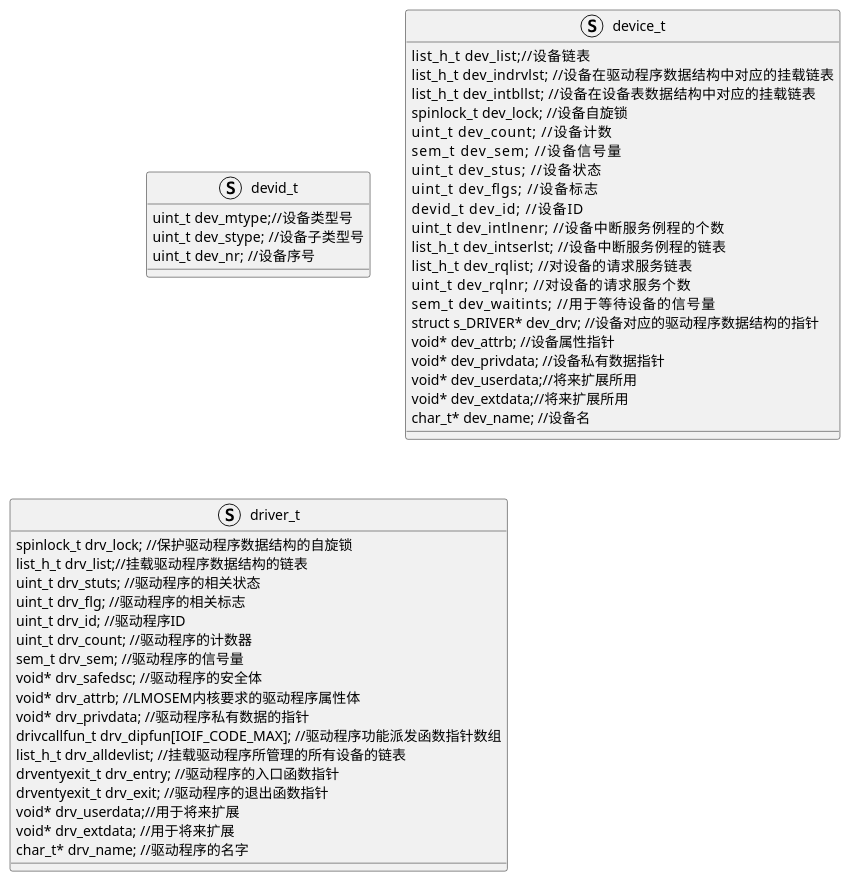
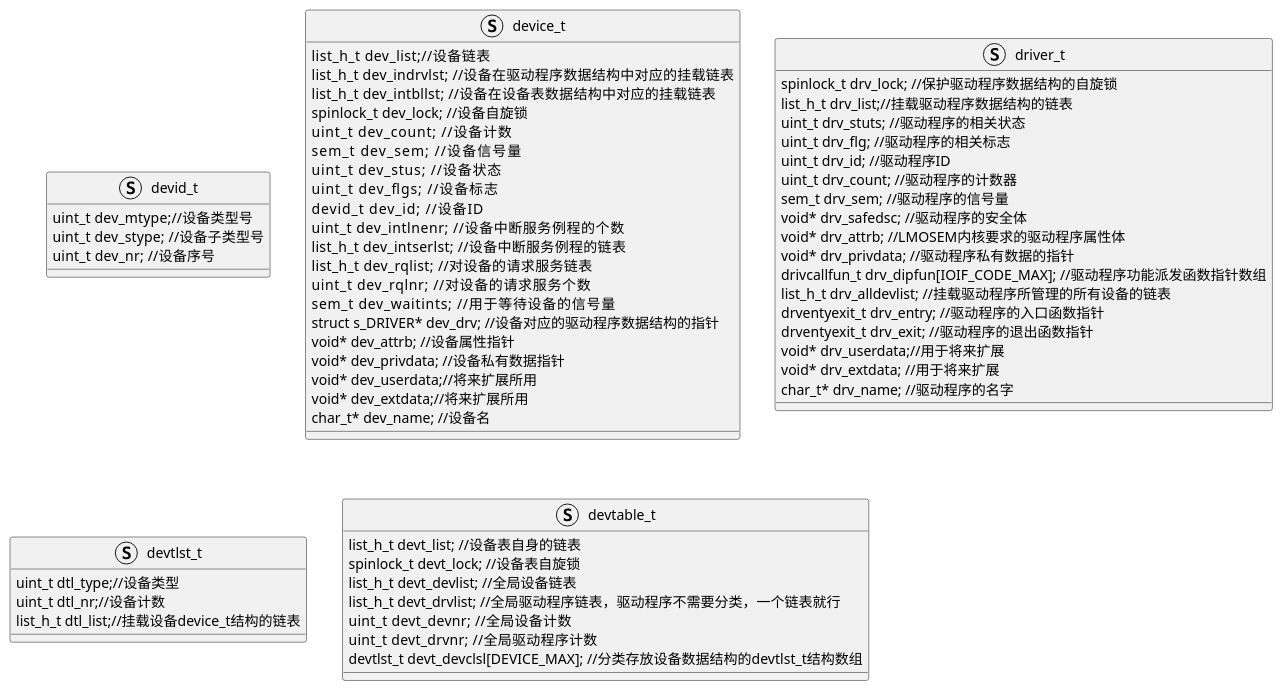
One commit to mowang111/personal_knowledge_repository changed the diagram in 0.学习笔记/a04.操作系统/操作系统实战/4.设备/1.设备类型与设备驱动.md. Above: the diagram before and after it, drawn with PlantUML.

Commit message:
vault backup: 2024-01-01 17:52:11

````diff
--- a/0.学习笔记/a04.操作系统/操作系统实战/4.设备/1.设备类型与设备驱动.md
+++ b/0.学习笔记/a04.操作系统/操作系统实战/4.设备/1.设备类型与设备驱动.md
@@ -2,51 +2,67 @@
 ```plantuml
 struct devid_t
 {
     uint_t  dev_mtype;//设备类型号
     uint_t  dev_stype; //设备子类型号
     uint_t  dev_nr; //设备序号
 }
 struct device_t
 {
     list_h_t    dev_list;//设备链表
     list_h_t    dev_indrvlst; //设备在驱动程序数据结构中对应的挂载链表
     list_h_t    dev_intbllst; //设备在设备表数据结构中对应的挂载链表
     spinlock_t  dev_lock; //设备自旋锁
     uint_t      dev_count; //设备计数
     sem_t       dev_sem; //设备信号量
     uint_t      dev_stus; //设备状态
     uint_t      dev_flgs; //设备标志
     devid_t      dev_id; //设备ID
     uint_t      dev_intlnenr; //设备中断服务例程的个数
     list_h_t    dev_intserlst; //设备中断服务例程的链表
     list_h_t    dev_rqlist; //对设备的请求服务链表
     uint_t      dev_rqlnr; //对设备的请求服务个数
     sem_t       dev_waitints; //用于等待设备的信号量
     struct s_DRIVER* dev_drv; //设备对应的驱动程序数据结构的指针
     void* dev_attrb; //设备属性指针
     void* dev_privdata; //设备私有数据指针
     void* dev_userdata;//将来扩展所用
     void* dev_extdata;//将来扩展所用
     char_t* dev_name; //设备名
 }
 struct driver_t
 {
     spinlock_t drv_lock; //保护驱动程序数据结构的自旋锁
     list_h_t drv_list;//挂载驱动程序数据结构的链表
     uint_t drv_stuts; //驱动程序的相关状态
     uint_t drv_flg; //驱动程序的相关标志
     uint_t drv_id; //驱动程序ID
     uint_t drv_count; //驱动程序的计数器
     sem_t drv_sem; //驱动程序的信号量
     void* drv_safedsc; //驱动程序的安全体
     void* drv_attrb; //LMOSEM内核要求的驱动程序属性体
     void* drv_privdata; //驱动程序私有数据的指针
     drivcallfun_t drv_dipfun[IOIF_CODE_MAX]; //驱动程序功能派发函数指针数组
     list_h_t drv_alldevlist; //挂载驱动程序所管理的所有设备的链表
     drventyexit_t drv_entry; //驱动程序的入口函数指针
     drventyexit_t drv_exit; //驱动程序的退出函数指针
     void* drv_userdata;//用于将来扩展
     void* drv_extdata; //用于将来扩展
     char_t* drv_name; //驱动程序的名字
 }
+struct devtlst_t
+{
+    uint_t dtl_type;//设备类型
+    uint_t dtl_nr;//设备计数
+    list_h_t dtl_list;//挂载设备device_t结构的链表
+}
+struct devtable_t
+{
+    list_h_t devt_list; //设备表自身的链表
+    spinlock_t devt_lock; //设备表自旋锁
+    list_h_t devt_devlist; //全局设备链表
+    list_h_t devt_drvlist; //全局驱动程序链表，驱动程序不需要分类，一个链表就行
+    uint_t   devt_devnr; //全局设备计数
+    uint_t   devt_drvnr; //全局驱动程序计数
+    devtlst_t devt_devclsl[DEVICE_MAX]; //分类存放设备数据结构的devtlst_t结构数组
+}
 ```
````
